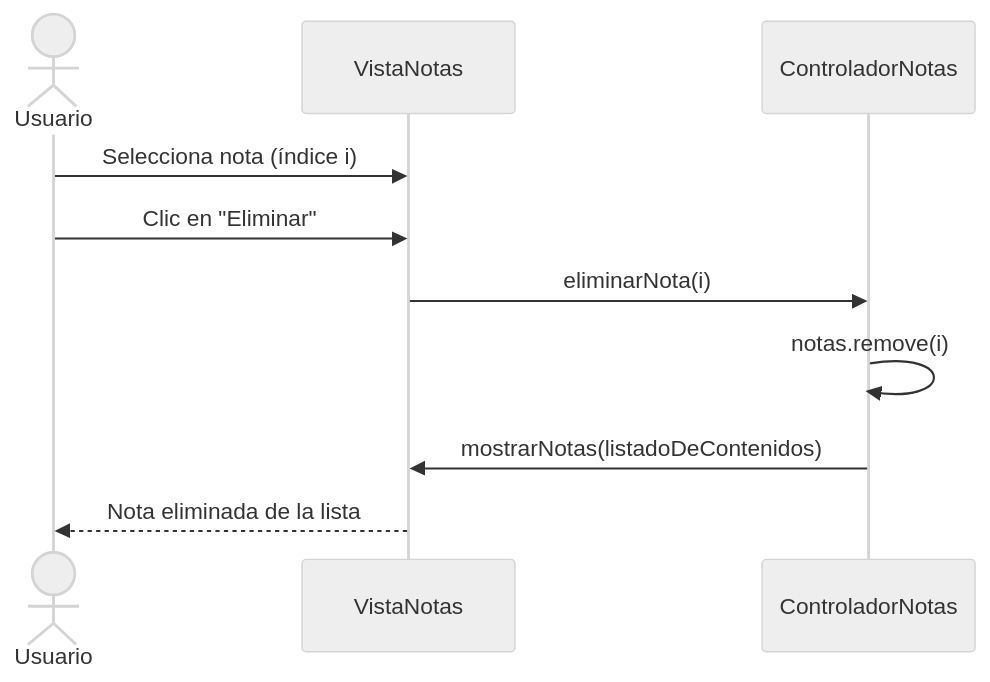
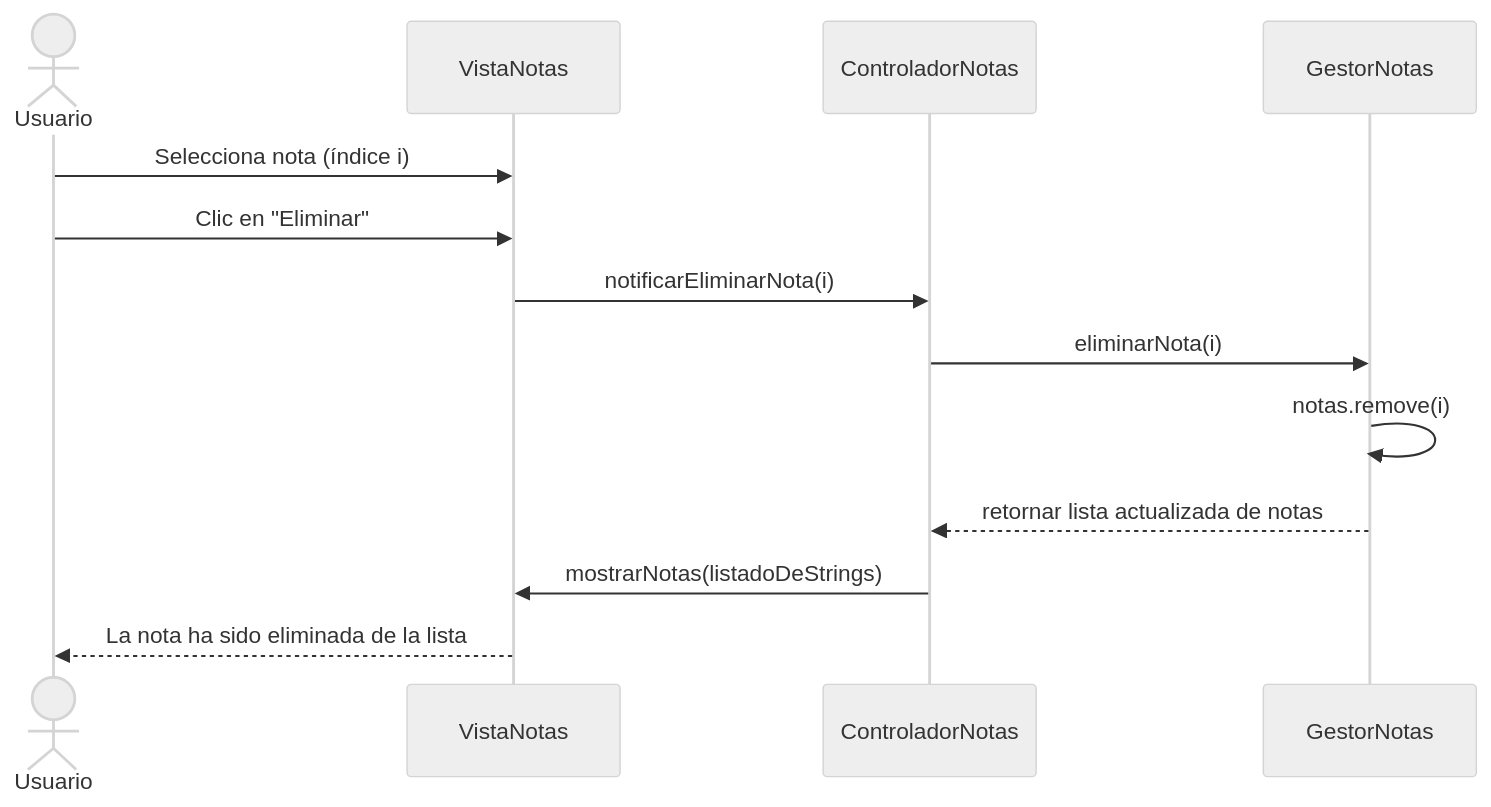
The ninth of 12 diagrams in README.md (jangelmm/FlashNotes), drawn with Mermaid (neutral theme) before and after one commit. The commit also changed other lines of this file and 12 other files, not shown here.

````diff
--- a/README.md
+++ b/README.md
@@ -384,13 +519,16 @@
 ```mermaid
 sequenceDiagram
     actor Usuario
-    participant VistaNotas as VistaNotas
+    participant Vista as VistaNotas
     participant Ctrl as ControladorNotas
+    participant Gestor as GestorNotas
 
-    Usuario ->> VistaNotas: Selecciona nota (índice i)
-    Usuario ->> VistaNotas: Clic en "Eliminar"
-    VistaNotas ->> Ctrl: eliminarNota(i)
-    Ctrl ->> Ctrl: notas.remove(i)
-    Ctrl ->> VistaNotas: mostrarNotas(listadoDeContenidos)
-    VistaNotas -->> Usuario: Nota eliminada de la lista
+    Usuario ->> Vista: Selecciona nota (índice i)
+    Usuario ->> Vista: Clic en "Eliminar"
+    Vista ->> Ctrl: notificarEliminarNota(i)
+    Ctrl ->> Gestor: eliminarNota(i)
+    Gestor ->> Gestor: notas.remove(i)
+    Gestor -->> Ctrl: retornar lista actualizada de notas
+    Ctrl ->> Vista: mostrarNotas(listadoDeStrings)
+    Vista -->> Usuario: La nota ha sido eliminada de la lista
 ```
````
